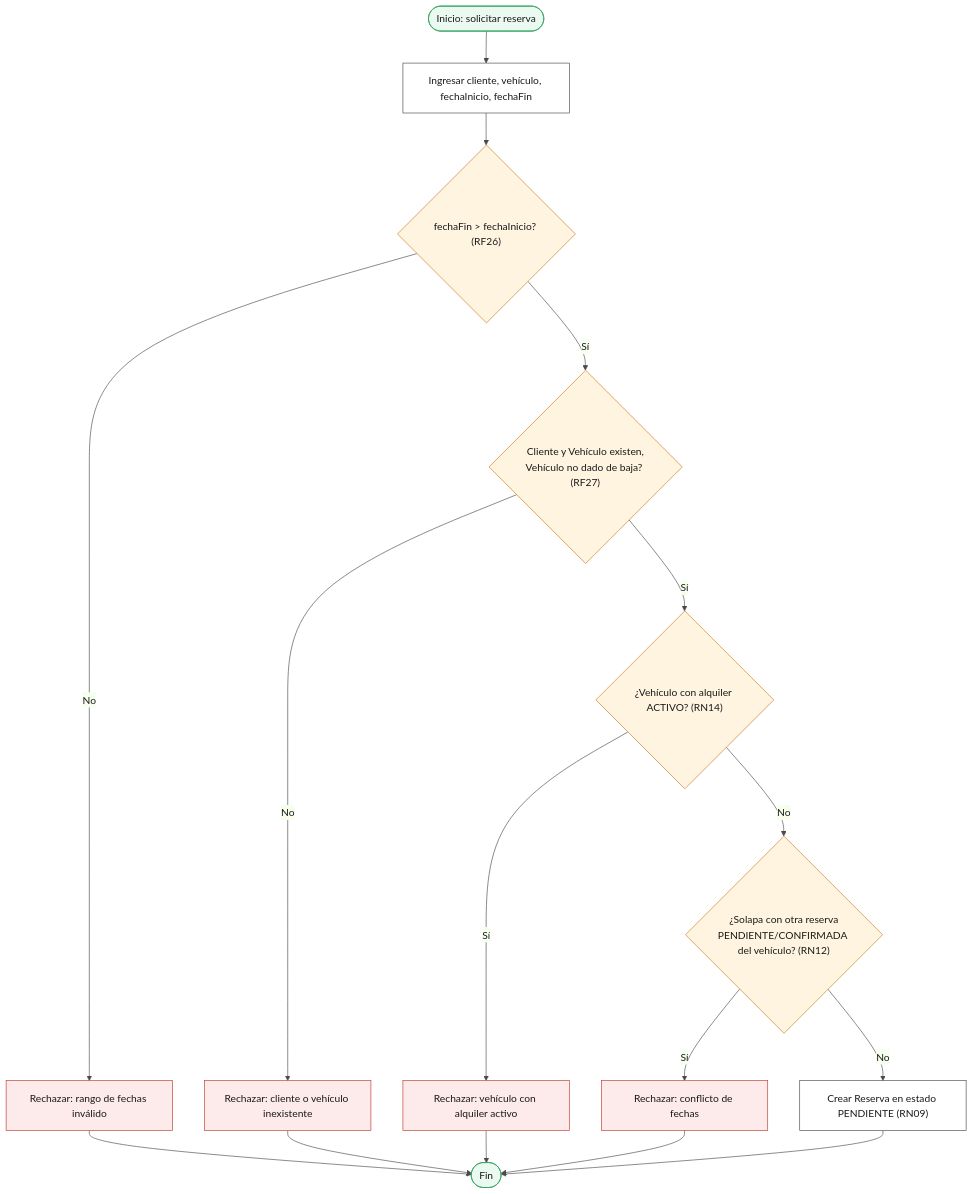
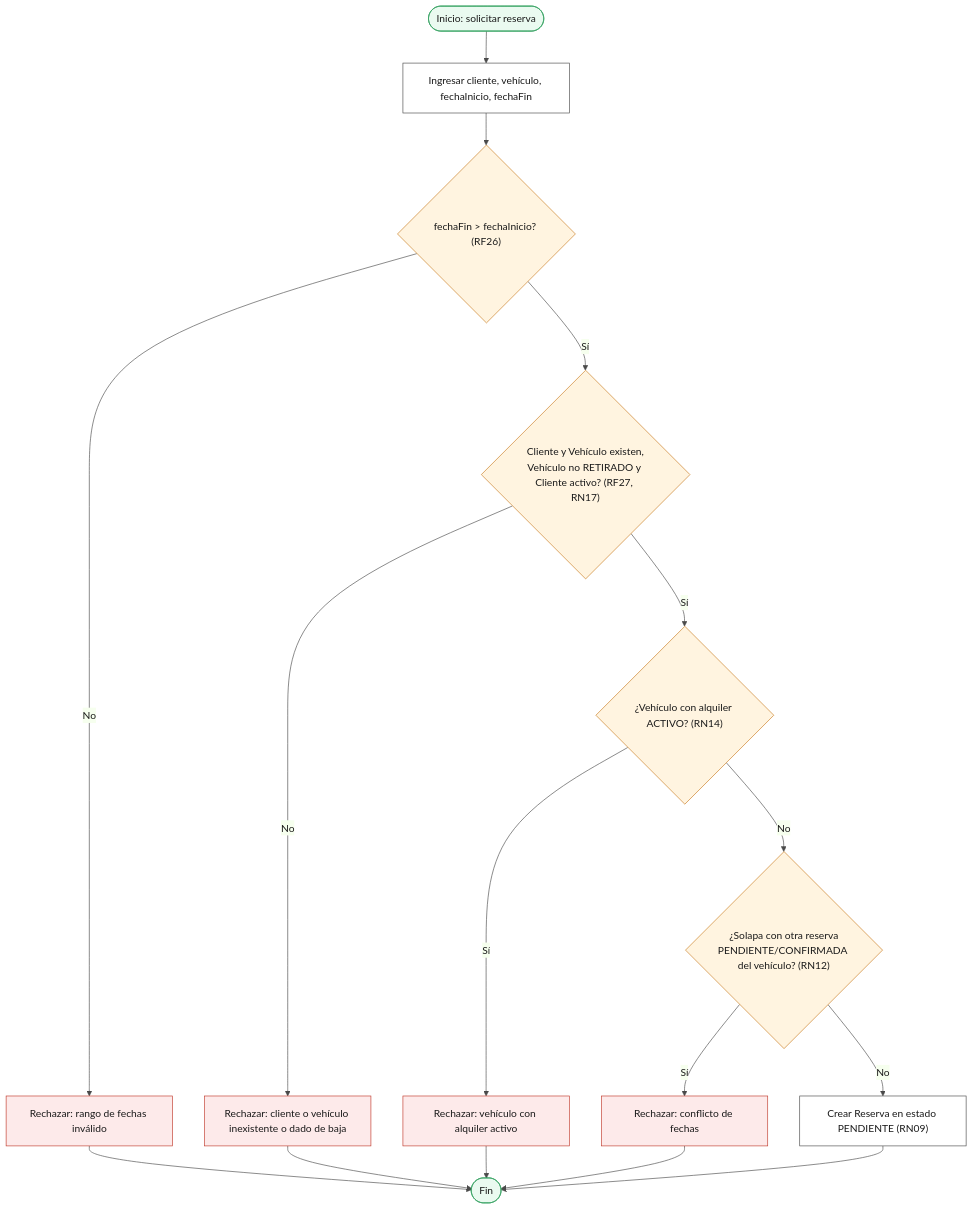
One commit to chaarlyez/Sistema_de_alquiler_de_veh-culos changed the diagram in docs/03-uml/fuentes/parte2-actividades-validacion-solapamiento.mmd. Above: the diagram before and after it, drawn with Mermaid. The commit also changed 7 other files, not shown here.

First line of the commit message:
docs(uml): ajustar reservas al borrado logico (parte 2)

```diff
--- a/docs/03-uml/fuentes/parte2-actividades-validacion-solapamiento.mmd
+++ b/docs/03-uml/fuentes/parte2-actividades-validacion-solapamiento.mmd
@@ -1,33 +1,33 @@
 %%{init: {'theme': 'base', 'themeVariables': {
   'background': '#ffffff',
   'primaryColor': '#eef6ff',
   'primaryBorderColor': '#2a6fb0',
   'primaryTextColor': '#1a1a1a',
   'lineColor': '#4a4a4a',
   'textColor': '#1a1a1a'
 }}}%%
 flowchart TD
     Start(["Inicio: solicitar reserva"]) --> Datos["Ingresar cliente, vehículo, fechaInicio, fechaFin"]
     Datos --> ValFechas{"fechaFin > fechaInicio? (RF26)"}
     ValFechas -- No --> R1["Rechazar: rango de fechas inválido"]
     R1 --> Fin(["Fin"])
-    ValFechas -- Sí --> ExisteCV{"Cliente y Vehículo existen,<br/>Vehículo no dado de baja? (RF27)"}
-    ExisteCV -- No --> R2["Rechazar: cliente o vehículo inexistente"]
+    ValFechas -- Sí --> ExisteCV{"Cliente y Vehículo existen,<br/>Vehículo no RETIRADO y Cliente activo? (RF27, RN17)"}
+    ExisteCV -- No --> R2["Rechazar: cliente o vehículo inexistente o dado de baja"]
     R2 --> Fin
     ExisteCV -- Sí --> Activo{"¿Vehículo con alquiler ACTIVO? (RN14)"}
     Activo -- Sí --> R3["Rechazar: vehículo con alquiler activo"]
     R3 --> Fin
     Activo -- No --> Solapa{"¿Solapa con otra reserva<br/>PENDIENTE/CONFIRMADA del vehículo? (RN12)"}
     Solapa -- Sí --> R4["Rechazar: conflicto de fechas"]
     R4 --> Fin
     Solapa -- No --> Crear["Crear Reserva en estado PENDIENTE (RN09)"]
     Crear --> Fin
 
     classDef startEnd fill:#eafaf0,stroke:#2f9e5c,color:#1a1a1a
     classDef decision fill:#fff4e0,stroke:#c97a1e,color:#1a1a1a
     classDef action fill:#ffffff,stroke:#4a4a4a,color:#1a1a1a
     classDef reject fill:#fdeaea,stroke:#c0392b,color:#1a1a1a
     class Start,Fin startEnd
     class ValFechas,ExisteCV,Activo,Solapa decision
     class Datos,Crear action
     class R1,R2,R3,R4 reject
```
